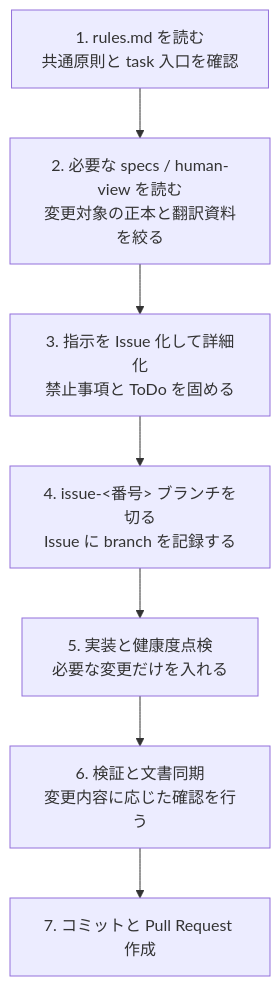
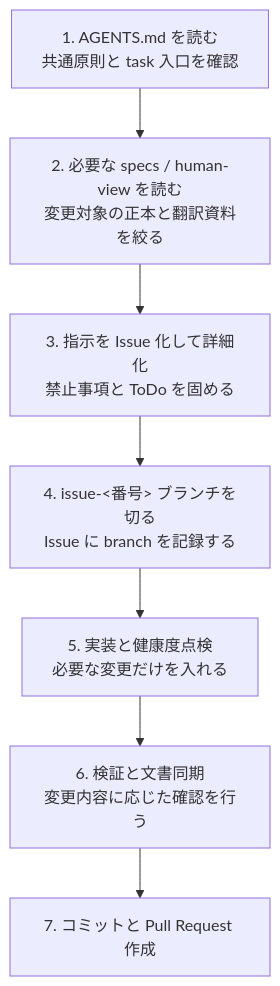
One commit to horikuma/YoutubeFeeder changed the first of 2 diagrams in docs/human-view/rules-overview.md. Above: the diagram before and after it, drawn with Mermaid. The commit also changed other lines of this file and 17 other files, not shown here.

````diff
--- a/docs/human-view/rules-overview.md
+++ b/docs/human-view/rules-overview.md
@@ -9,9 +9,9 @@
 ```mermaid
 flowchart TD
-    A["1. rules.md を読む<br/>共通原則と task 入口を確認"] --> B["2. 必要な specs / human-view を読む<br/>変更対象の正本と翻訳資料を絞る"]
+    A["1. AGENTS.md を読む<br/>共通原則と task 入口を確認"] --> B["2. 必要な specs / human-view を読む<br/>変更対象の正本と翻訳資料を絞る"]
     B --> C["3. 指示を Issue 化して詳細化<br/>禁止事項と ToDo を固める"]
     C --> D["4. issue-<番号> ブランチを切る<br/>Issue に branch を記録する"]
     D --> E["5. 実装と健康度点検<br/>必要な変更だけを入れる"]
     E --> F["6. 検証と文書同期<br/>変更内容に応じた確認を行う"]
     F --> G["7. コミットと Pull Request 作成"]
 ```
````
